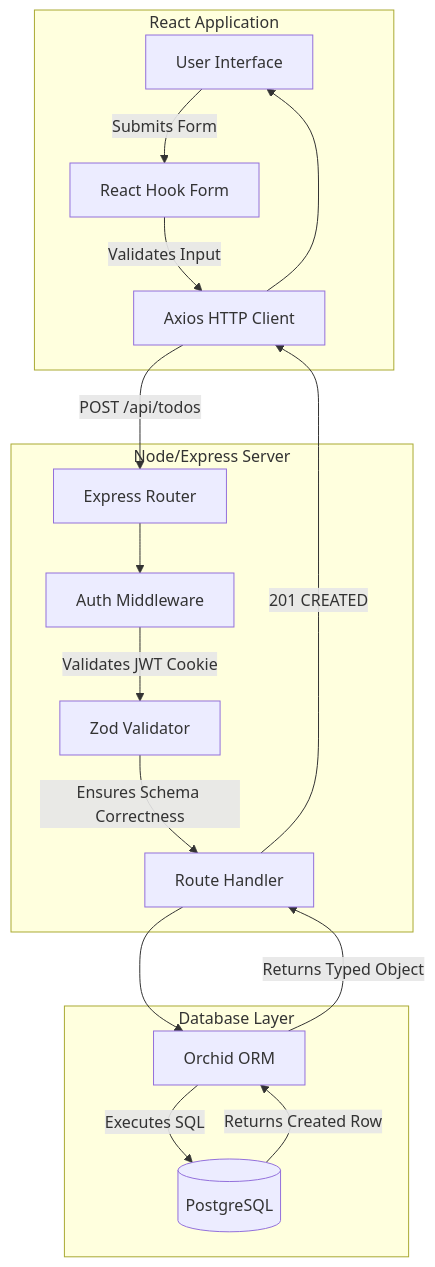
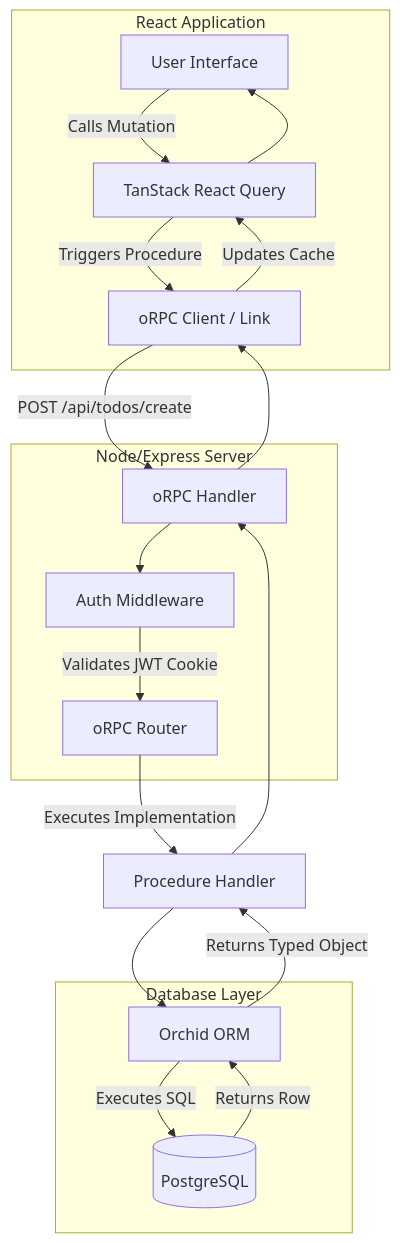
Before and after one commit to Srusti118/ToDoAppJS: the second of 3 diagrams in ARCHITECTURE.md, drawn with Mermaid. The commit also changed other lines of this file and 1 other file, not shown here.

````diff
--- a/ARCHITECTURE.md
+++ b/ARCHITECTURE.md
@@ -39,38 +47,39 @@
 ```mermaid
 flowchart TD
     %% Frontend
     subgraph Frontend [React Application]
         UI[User Interface]
-        RHF[React Hook Form]
-        Axios[Axios HTTP Client]
+        RQ[TanStack React Query]
+        ORPC[oRPC Client / Link]
     end
 
     %% Backend
     subgraph Backend [Node/Express Server]
-        Router[Express Router]
+        RPC_H[oRPC Handler]
         AuthMid[Auth Middleware]
-        Zod[Zod Validator]
-        Controller[Route Handler]
+        Router[oRPC Router]
     end
 
     %% Database
     subgraph Database Layer
         ORM[Orchid ORM]
         DB[(PostgreSQL)]
     end
 
-    UI -->|Submits Form| RHF
-    RHF -->|Validates Input| Axios
-    Axios -->|POST /api/todos| Router
+    UI -->|Calls Mutation| RQ
+    RQ -->|Triggers Procedure| ORPC
+    ORPC -->|POST /api/todos/create| RPC_H
     
-    Router --> AuthMid
-    AuthMid -->|Validates JWT Cookie| Zod
-    Zod -->|Ensures Schema Correctness| Controller
-    Controller --> ORM
+    RPC_H --> AuthMid
+    AuthMid -->|Validates JWT Cookie| Router
+    Router -->|Executes Implementation| ORPC_IMPL[Procedure Handler]
+    ORPC_IMPL --> ORM
     
     ORM -->|Executes SQL| DB
-    DB -->|Returns Created Row| ORM
-    ORM -->|Returns Typed Object| Controller
-    Controller -->|201 CREATED| Axios
-    Axios --> UI
+    DB -->|Returns Row| ORM
+    ORM -->|Returns Typed Object| ORPC_IMPL
+    ORPC_IMPL --> RPC_H
+    RPC_H --> ORPC
+    ORPC -->|Updates Cache| RQ
+    RQ --> UI
 ```
````
